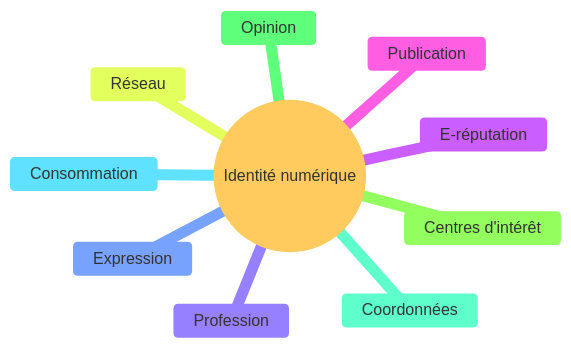
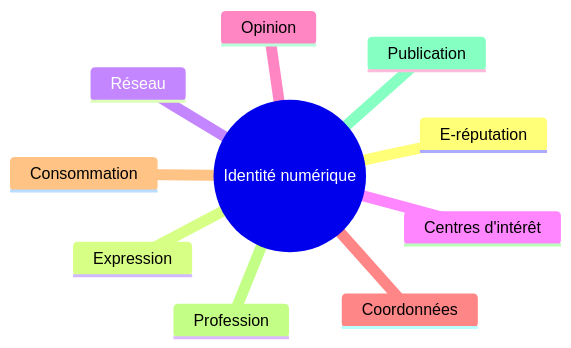
Before and after one commit to boddaert/snt: the diagram in seconde/Réseaux sociaux/Identite_numerique.md, drawn with Mermaid.

Commit message:
id numerique

````diff
--- a/seconde/Réseaux sociaux/Identite_numerique.md
+++ b/seconde/Réseaux sociaux/Identite_numerique.md
@@ -7,14 +7,14 @@
 ```mermaid
-%%{init: { 'logLevel': 'debug', 'theme': 'base'}}%%
+
 mindmap
   root((Identité numérique))
     E-réputation
     Expression
     Réseau
     Centres d'intérêt
     Opinion
     Coordonnées
     Consommation
     Profession
     Publication
 ```
````
